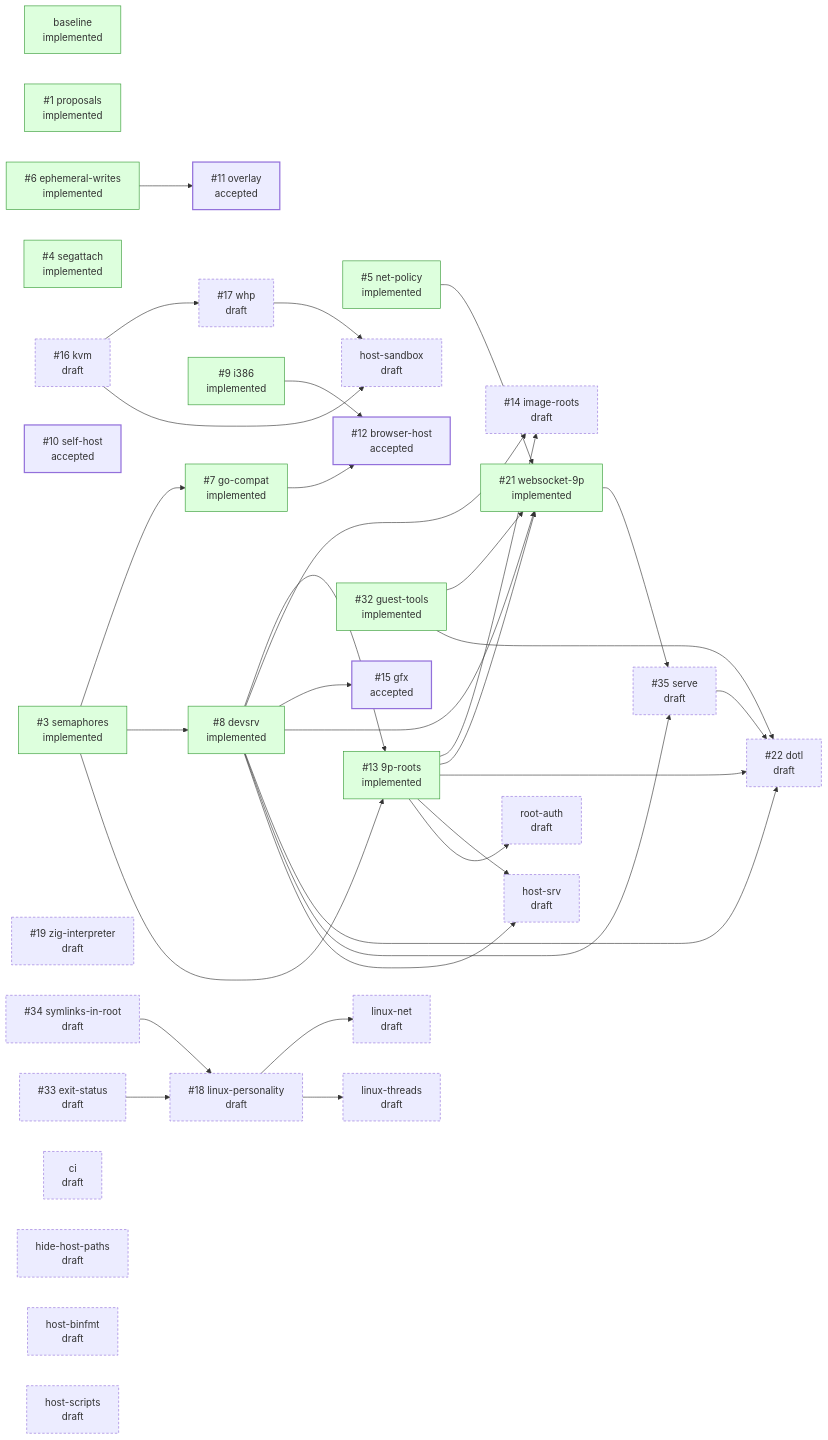
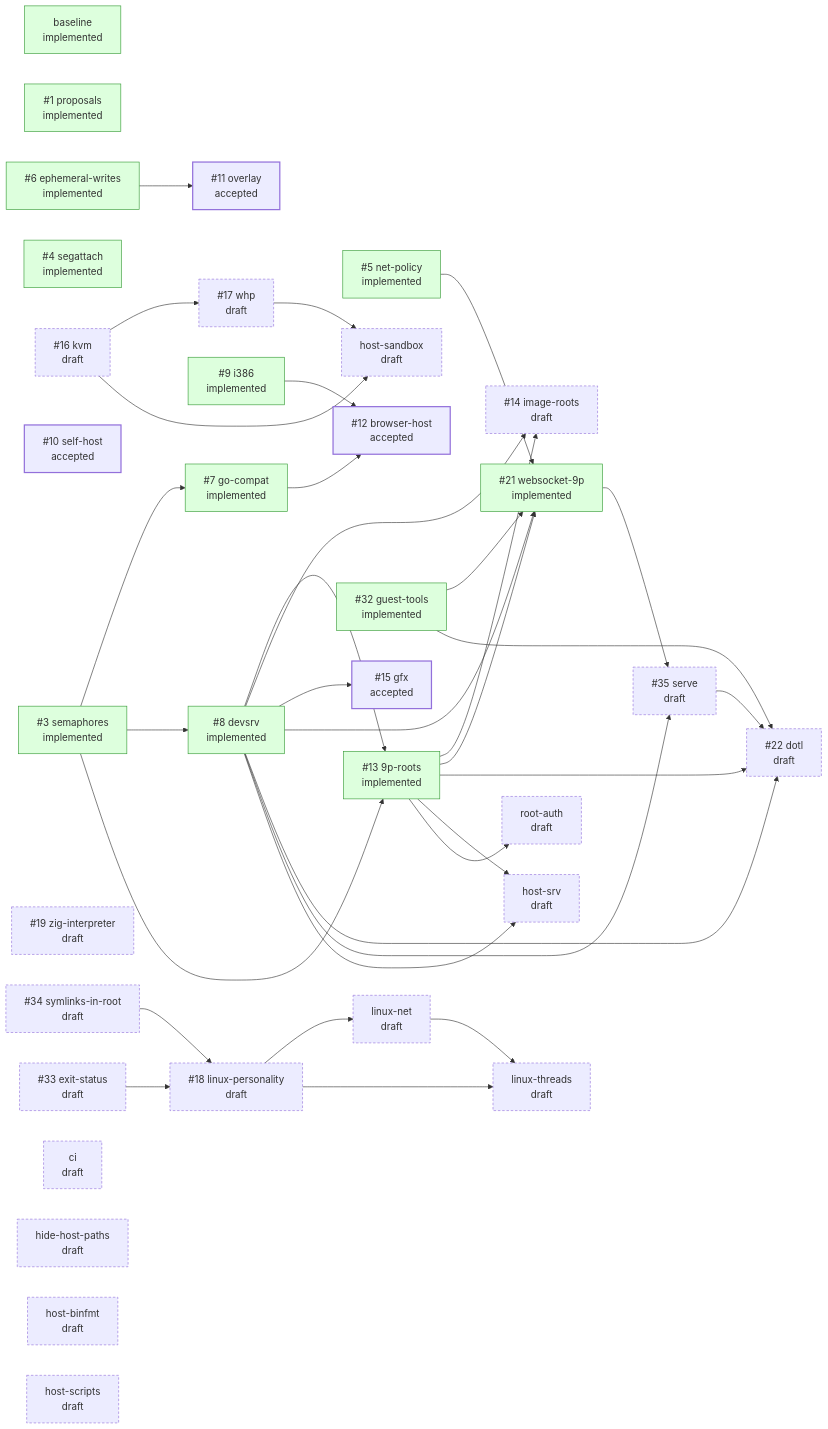
Before and after one commit to progrium/hyper9: the diagram in README.md, drawn with Mermaid. The commit also changed other lines of this file and 3 other files, not shown here.

First line of the commit message:
design: fold the Linux spikes into linux-personality, linux-threads and linux-net

````diff
--- a/README.md
+++ b/README.md
@@ -52,71 +52,72 @@
 ```mermaid
 flowchart LR
   classDef draft stroke-dasharray: 4 3
   classDef accepted stroke-width: 2px
   classDef implemented fill:#dfd,stroke:#393
   classDef closed fill:#eee,stroke:#999,color:#777
   p_baseline["baseline<br/>implemented"]:::implemented
   p_proposals["#35;1 proposals<br/>implemented"]:::implemented
   p_semaphores["#35;3 semaphores<br/>implemented"]:::implemented
   p_segattach["#35;4 segattach<br/>implemented"]:::implemented
   p_net_policy["#35;5 net-policy<br/>implemented"]:::implemented
   p_ephemeral_writes["#35;6 ephemeral-writes<br/>implemented"]:::implemented
   p_go_compat["#35;7 go-compat<br/>implemented"]:::implemented
   p_devsrv["#35;8 devsrv<br/>implemented"]:::implemented
   p_i386["#35;9 i386<br/>implemented"]:::implemented
   p_self_host["#35;10 self-host<br/>accepted"]:::accepted
   p_overlay["#35;11 overlay<br/>accepted"]:::accepted
   p_browser_host["#35;12 browser-host<br/>accepted"]:::accepted
   p_9p_roots["#35;13 9p-roots<br/>implemented"]:::implemented
   p_image_roots["#35;14 image-roots<br/>draft"]:::draft
   p_gfx["#35;15 gfx<br/>accepted"]:::accepted
   p_kvm["#35;16 kvm<br/>draft"]:::draft
   p_whp["#35;17 whp<br/>draft"]:::draft
   p_linux_personality["#35;18 linux-personality<br/>draft"]:::draft
   p_zig_interpreter["#35;19 zig-interpreter<br/>draft"]:::draft
   p_websocket_9p["#35;21 websocket-9p<br/>implemented"]:::implemented
   p_dotl["#35;22 dotl<br/>draft"]:::draft
   p_guest_tools["#35;32 guest-tools<br/>implemented"]:::implemented
   p_exit_status["#35;33 exit-status<br/>draft"]:::draft
   p_symlinks_in_root["#35;34 symlinks-in-root<br/>draft"]:::draft
   p_serve["#35;35 serve<br/>draft"]:::draft
   p_ci["ci<br/>draft"]:::draft
   p_hide_host_paths["hide-host-paths<br/>draft"]:::draft
   p_host_binfmt["host-binfmt<br/>draft"]:::draft
   p_host_sandbox["host-sandbox<br/>draft"]:::draft
   p_host_scripts["host-scripts<br/>draft"]:::draft
   p_host_srv["host-srv<br/>draft"]:::draft
   p_linux_net["linux-net<br/>draft"]:::draft
   p_linux_threads["linux-threads<br/>draft"]:::draft
   p_root_auth["root-auth<br/>draft"]:::draft
   p_semaphores --> p_go_compat
   p_semaphores --> p_devsrv
   p_ephemeral_writes --> p_overlay
   p_go_compat --> p_browser_host
   p_i386 --> p_browser_host
   p_semaphores --> p_9p_roots
   p_devsrv --> p_9p_roots
   p_devsrv --> p_image_roots
   p_9p_roots --> p_image_roots
   p_devsrv --> p_gfx
   p_kvm --> p_whp
   p_symlinks_in_root --> p_linux_personality
   p_exit_status --> p_linux_personality
   p_net_policy --> p_websocket_9p
   p_devsrv --> p_websocket_9p
   p_9p_roots --> p_websocket_9p
   p_guest_tools --> p_websocket_9p
   p_devsrv --> p_dotl
   p_9p_roots --> p_dotl
   p_serve --> p_dotl
   p_guest_tools --> p_dotl
   p_devsrv --> p_serve
   p_websocket_9p --> p_serve
   p_kvm --> p_host_sandbox
   p_whp --> p_host_sandbox
   p_devsrv --> p_host_srv
   p_9p_roots --> p_host_srv
   p_linux_personality --> p_linux_net
   p_linux_personality --> p_linux_threads
+  p_linux_net --> p_linux_threads
   p_9p_roots --> p_root_auth
 ```
````
